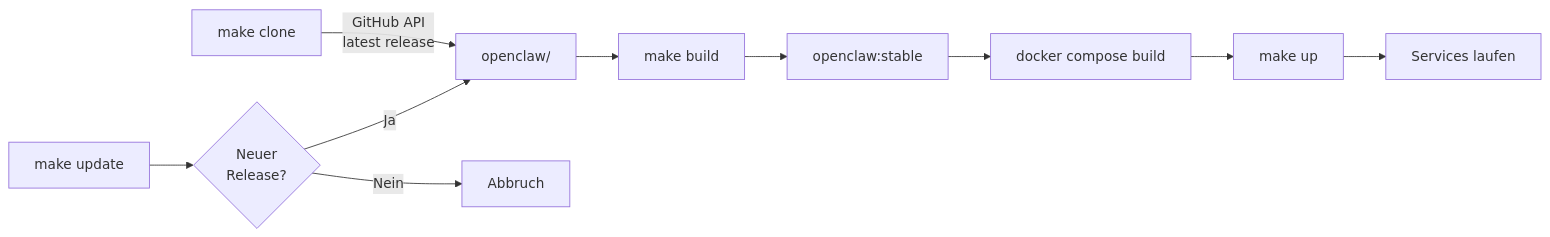
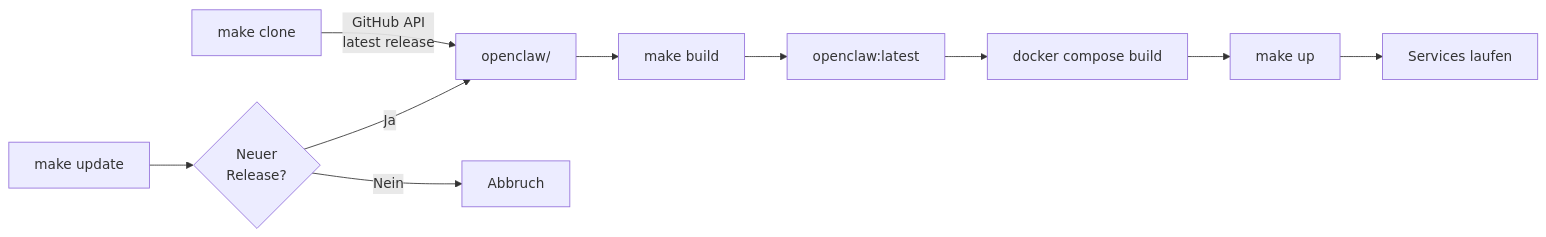
The second of 2 diagrams in README.md (iso/ods), drawn with Mermaid before and after one commit. The commit also changed other lines of this file and 3 other files, not shown here.

````diff
--- a/README.md
+++ b/README.md
@@ -36,13 +36,13 @@
 ```mermaid
 flowchart LR
     A[make clone] -->|GitHub API<br/>latest release| B[openclaw/]
     B --> C[make build]
-    C --> D[openclaw:stable]
+    C --> D[openclaw:latest]
     D --> E[docker compose build]
     E --> F[make up]
     F --> G[Services laufen]
 
     H[make update] --> I{Neuer<br/>Release?}
     I -->|Nein| J[Abbruch]
     I -->|Ja| B
 ```
````
